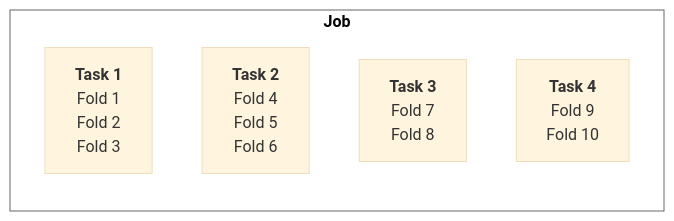
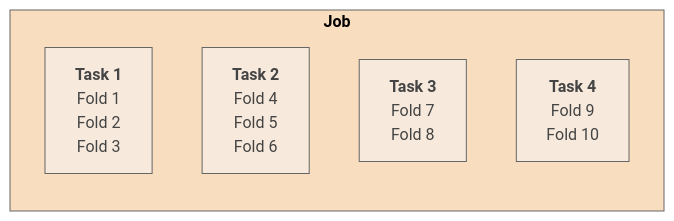
Before and after one commit to rstudio/spark.rstudio.com: the third of 4 diagrams in guides/tune_tidymodels_spark.qmd, drawn with Mermaid (base theme). The commit also changed other lines of this file, not shown here.

Commit message:
Color improvements for some diagrams

````diff
--- a/guides/tune_tidymodels_spark.qmd
+++ b/guides/tune_tidymodels_spark.qmd
@@ -316,12 +320,16 @@
 ```{mermaid}
 %%| fig-width: 6
 flowchart RL
   subgraph j [<b>Job</b>]
    t1[<b>Task 1</b> <br/> Fold 1 <br/> Fold 2 <br/> Fold 3]
    t2[<b>Task 2</b> <br/> Fold 4 <br/> Fold 5 <br/> Fold 6]
    t3[<b>Task 3</b> <br/> Fold 7 <br/> Fold 8]
    t4[<b>Task 4</b> <br/> Fold 9 <br/> Fold 10]
   end
-  style j fill:#fff,stroke:#666,color:#000;
+  style j fill:#F8DDBF,stroke:#666,color:#000;
+  style t1 fill:#F7EADC,stroke:#666,color:#444;
+  style t2 fill:#F7EADC,stroke:#666,color:#444;
+  style t3 fill:#F7EADC,stroke:#666,color:#444;
+  style t4 fill:#F7EADC,stroke:#666,color:#444;
   linkStyle default stroke:#666,color:#000
 ```
````
